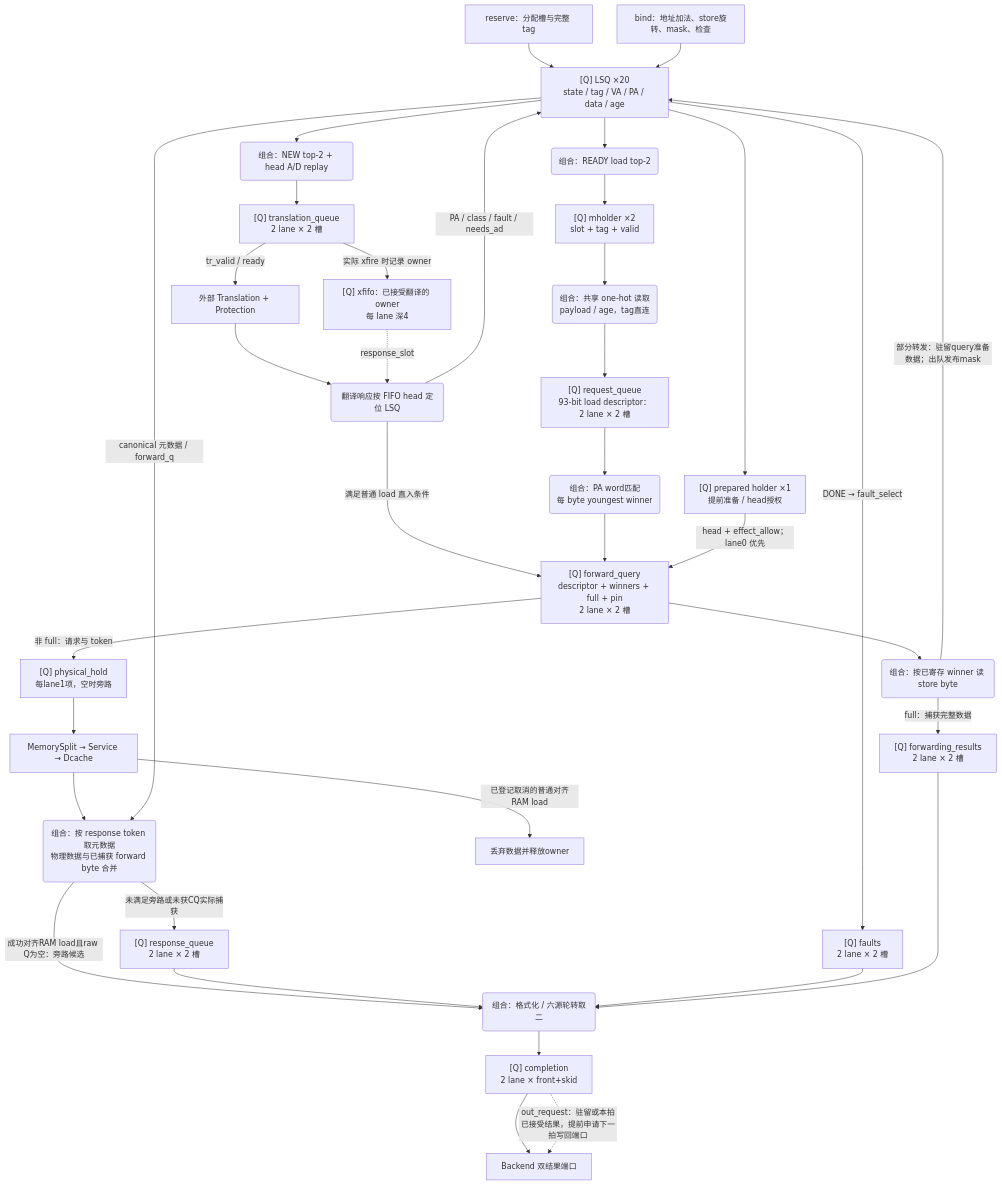
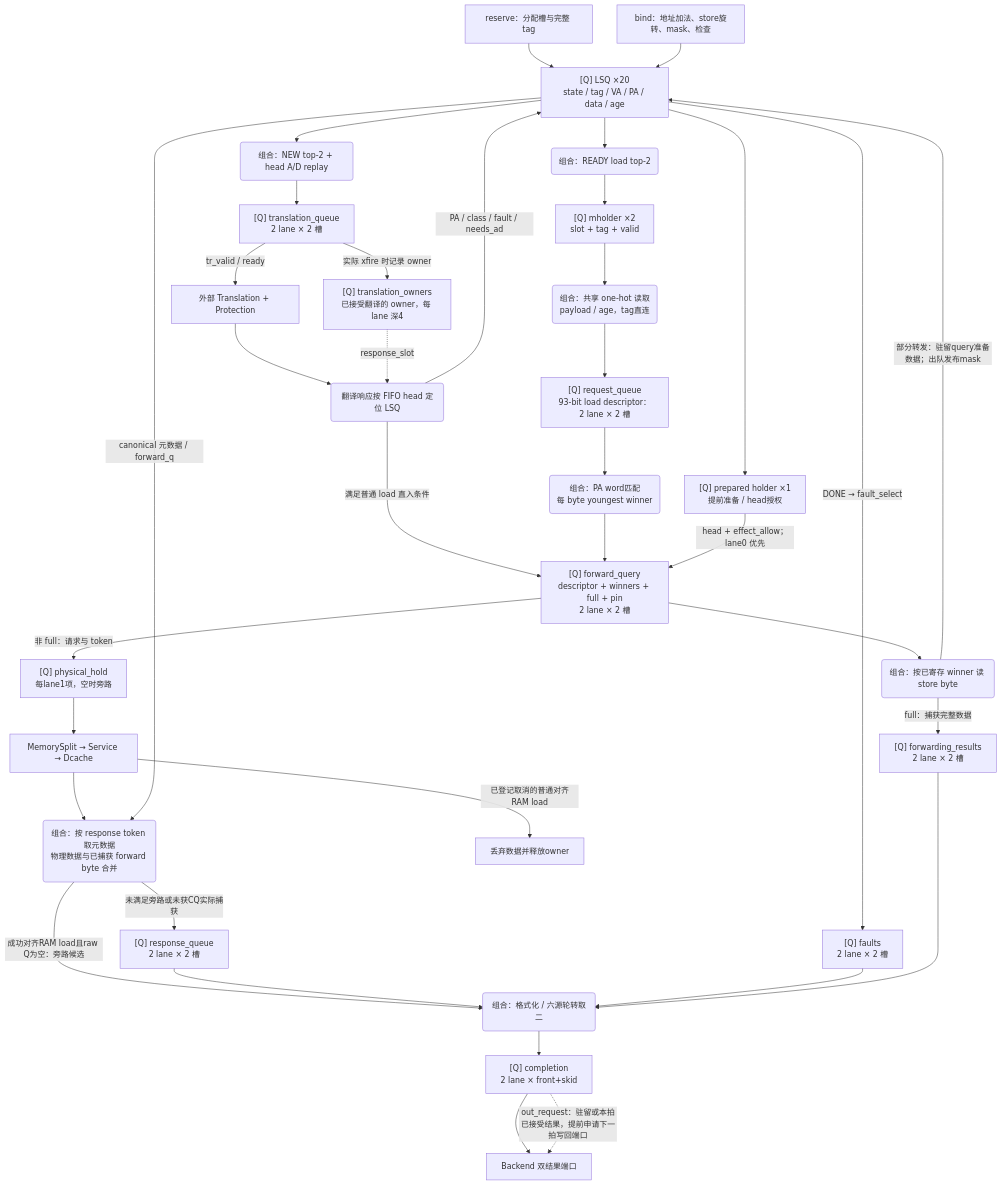
Before and after one commit to mcsaver/oscpu: the second of 5 diagrams in npc/rv64/vsrc/lsu/TOPOLOGY.md, drawn with Mermaid. The commit also changed other lines of this file and 30 other files, not shown here.

````diff
--- a/npc/rv64/vsrc/lsu/TOPOLOGY.md
+++ b/npc/rv64/vsrc/lsu/TOPOLOGY.md
@@ -164,57 +166,57 @@
 ```mermaid
 flowchart TB
   RES["reserve：分配槽与完整 tag"]
   BIND["bind：地址加法、store旋转、mask、检查"]
   LSQ["[Q] LSQ ×20<br/>state / tag / VA / PA / data / age"]
   XSEL("组合：NEW top-2 + head A/D replay")
   XQ["[Q] translation_queue<br/>2 lane × 2 槽"]
-  XF["[Q] xfifo：已接受翻译的 owner<br/>每 lane 深4"]
+  XF["[Q] translation_owners<br/>已接受翻译的 owner，每 lane 深4"]
   TR["外部 Translation + Protection"]
   RX("翻译响应按 FIFO head 定位 LSQ")
 
   LSEL("组合：READY load top-2")
   MH["[Q] mholder ×2<br/>slot + tag + valid"]
   DREAD("组合：共享 one-hot 读取<br/>payload / age，tag直连")
   DQ["[Q] request_queue<br/>93-bit load descriptor：2 lane × 2 槽"]
   MATCH("组合：PA word匹配<br/>每 byte youngest winner")
   PRE["[Q] prepared holder ×1<br/>提前准备 / head授权"]
   QQ["[Q] forward_query<br/>descriptor + winners + full + pin<br/>2 lane × 2 槽"]
   READBYTE("组合：按已寄存 winner 读 store byte")
   FT["[Q] forwarding_results<br/>2 lane × 2 槽"]
   HOLD["[Q] physical_hold<br/>每lane1项，空时旁路"]
   PHYS["MemorySplit → Service → Dcache"]
   MERGE("组合：按 response token 取元数据<br/>物理数据与已捕获 forward byte 合并")
   RAW["[Q] response_queue<br/>2 lane × 2 槽"]
   FQ["[Q] faults<br/>2 lane × 2 槽"]
   EVT("组合：格式化 / 六源轮转取二")
   CQ["[Q] completion<br/>2 lane × front+skid"]
   WB["Backend 双结果端口"]
 
   RES --> LSQ
   BIND --> LSQ
   LSQ --> XSEL --> XQ
   XQ -->|"tr_valid / ready"| TR
   XQ -->|"实际 xfire 时记录 owner"| XF
   TR --> RX
   XF -.->|"response_slot"| RX
   RX -->|"PA / class / fault / needs_ad"| LSQ
   RX -->|"满足普通 load 直入条件"| QQ
   LSQ --> LSEL --> MH --> DREAD --> DQ --> MATCH --> QQ
   LSQ --> PRE
   PRE -->|"head + effect_allow；lane0 优先"| QQ
   QQ --> READBYTE
   QQ -->|"非 full：请求与 token"| HOLD --> PHYS
   READBYTE -->|"full：捕获完整数据"| FT
   READBYTE -->|"部分转发：驻留query准备数据；出队发布mask"| LSQ
   PHYS --> MERGE
   PHYS -->|"已登记取消的普通对齐RAM load"| DRAIN["丢弃数据并释放owner"]
   LSQ -->|"canonical 元数据 / forward_q"| MERGE
   MERGE -->|"未满足旁路或未获CQ实际捕获"| RAW
   MERGE -->|"成功对齐RAM load且raw Q为空：旁路候选"| EVT
   LSQ -->|"DONE → fault_select"| FQ
   RAW --> EVT
   FQ --> EVT
   FT --> EVT
   EVT --> CQ --> WB
   CQ -.->|"out_request：驻留或本拍已接受结果，提前申请下一拍写回端口"| WB
 ```
````
